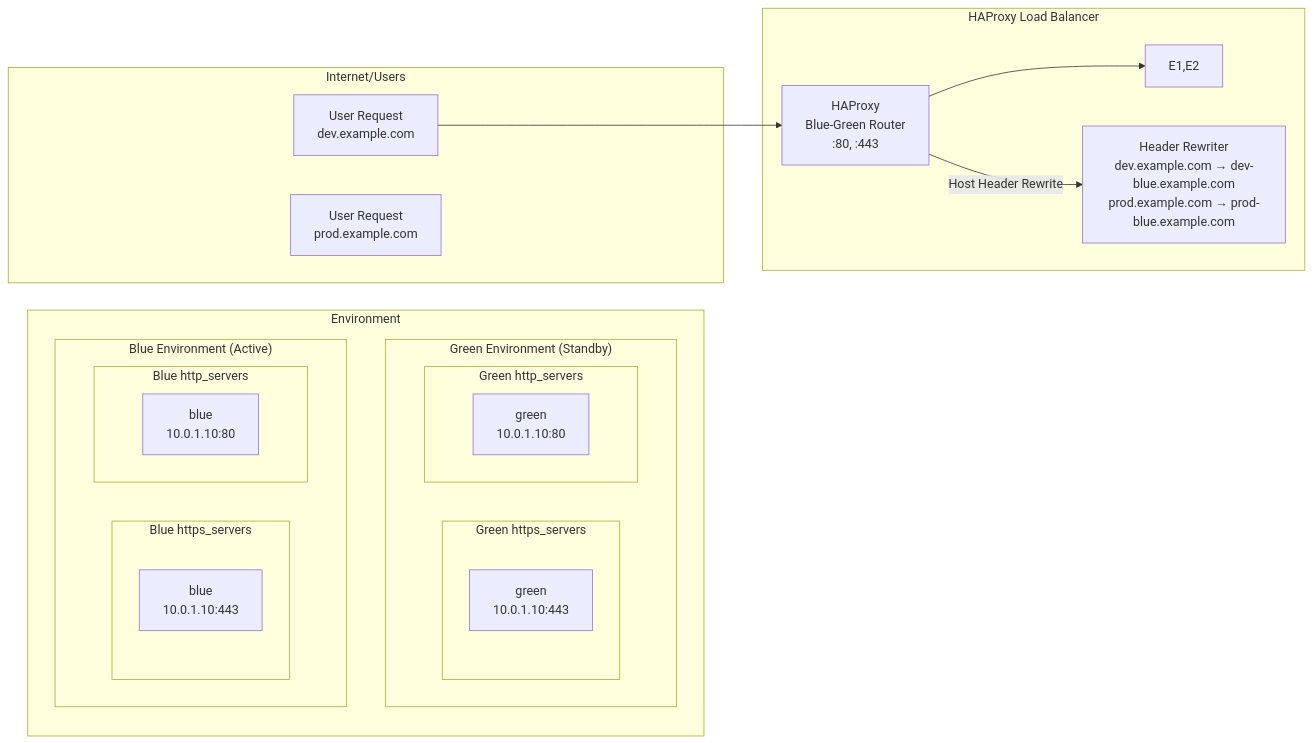
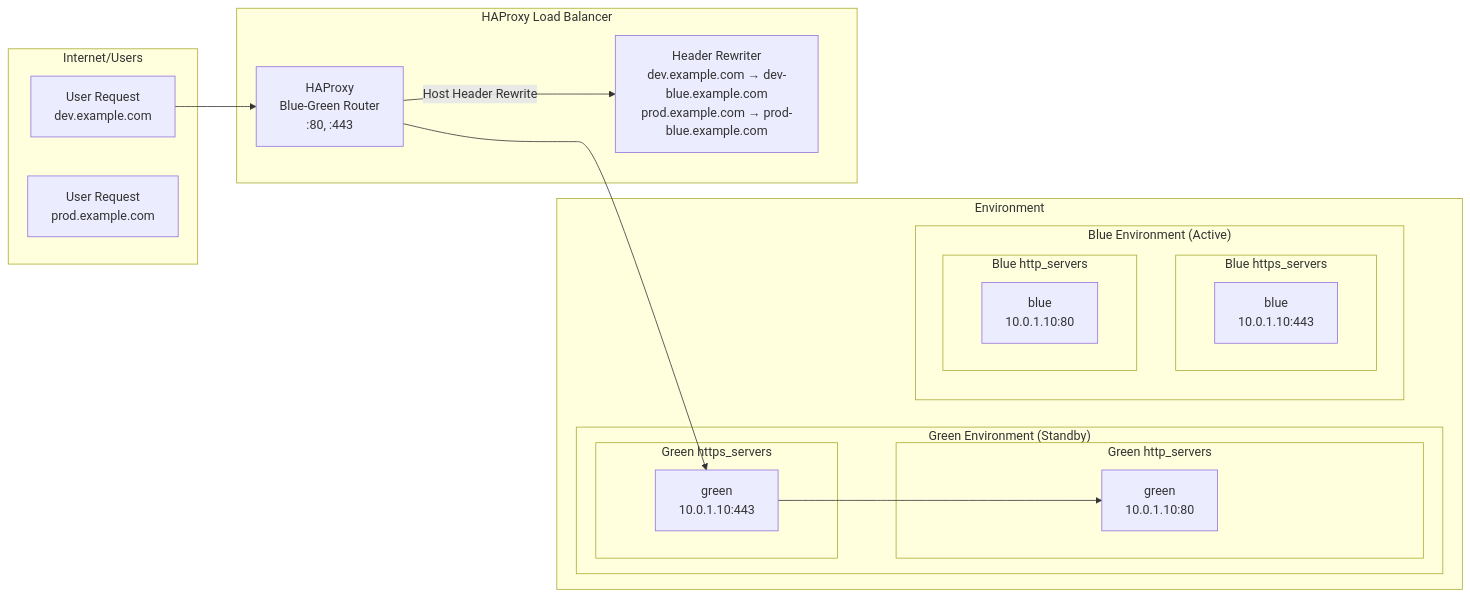
One commit to cadjai/ocp4-cluster-workload-migration changed the first of 2 diagrams in HAPROXY-BLUE-GREEN-README.md. Above: the diagram before and after it, drawn with Mermaid.

Commit message:
edit diagram

````diff
--- a/HAPROXY-BLUE-GREEN-README.md
+++ b/HAPROXY-BLUE-GREEN-README.md
@@ -26,31 +26,31 @@
 ```mermaid
 graph LR 
     subgraph "Environment"
         subgraph "Green Environment (Standby)"
             subgraph "Green https_servers"
                 E1[green<br/>10.0.1.10:443]
             end
             subgraph "Green http_servers"
                 E2[green<br/>10.0.1.10:80]
             end
         end
         subgraph "Blue Environment (Active)"
             subgraph "Blue https_servers"
                 E3[blue<br/>10.0.1.10:443]
             end
             subgraph "Blue http_servers"
                 E4[blue<br/>10.0.1.10:80]
             end
         end
     end
 
     subgraph "HAProxy Load Balancer" 
-        H[HAProxy<br/>Blue-Green Router<br/>:80, :443] --> E1,E2
+        H[HAProxy<br/>Blue-Green Router<br/>:80, :443] --> E1 --> E2
         H --> |"Host Header Rewrite"| HR[Header Rewriter<br/>dev.example.com → dev-blue.example.com<br/>prod.example.com → prod-blue.example.com]
     end
     
     subgraph "Internet/Users" 
         U1[User Request<br/>dev.example.com] --> H 
         U2[User Request<br/>prod.example.com]
     end
 ```
````
